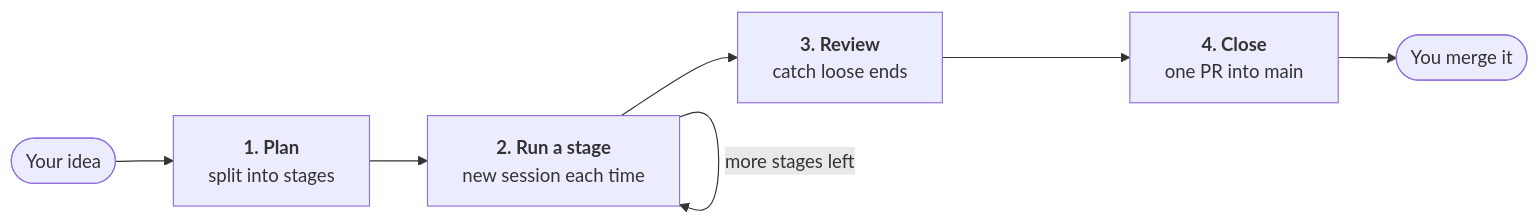
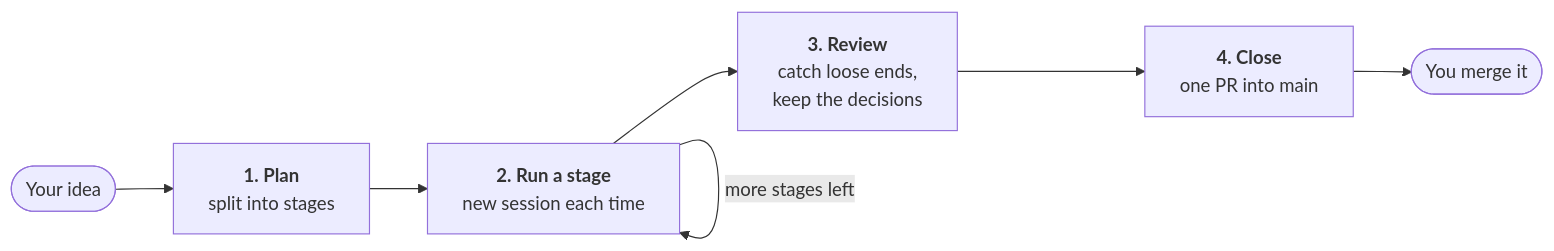
The diagram in README.md (by-carlos/plan-staged-rollout), drawn with Mermaid before and after one commit. The commit also changed other lines of this file and 2 other files, not shown here.

Commit message:
docs: SF kept decisions, pointer line and README update

````diff
--- a/README.md
+++ b/README.md
@@ -32,9 +32,9 @@
 ```mermaid
 flowchart LR
     idea([Your idea]) --> plan["<b>1. Plan</b><br/>split into stages"]
     plan --> run["<b>2. Run a stage</b><br/>new session each time"]
     run -->|"more stages left"| run
-    run --> review["<b>3. Review</b><br/>catch loose ends"]
+    run --> review["<b>3. Review</b><br/>catch loose ends,<br/>keep the decisions"]
     review --> close["<b>4. Close</b><br/>one PR into main"]
     close --> merge([You merge it])
 ```
````
